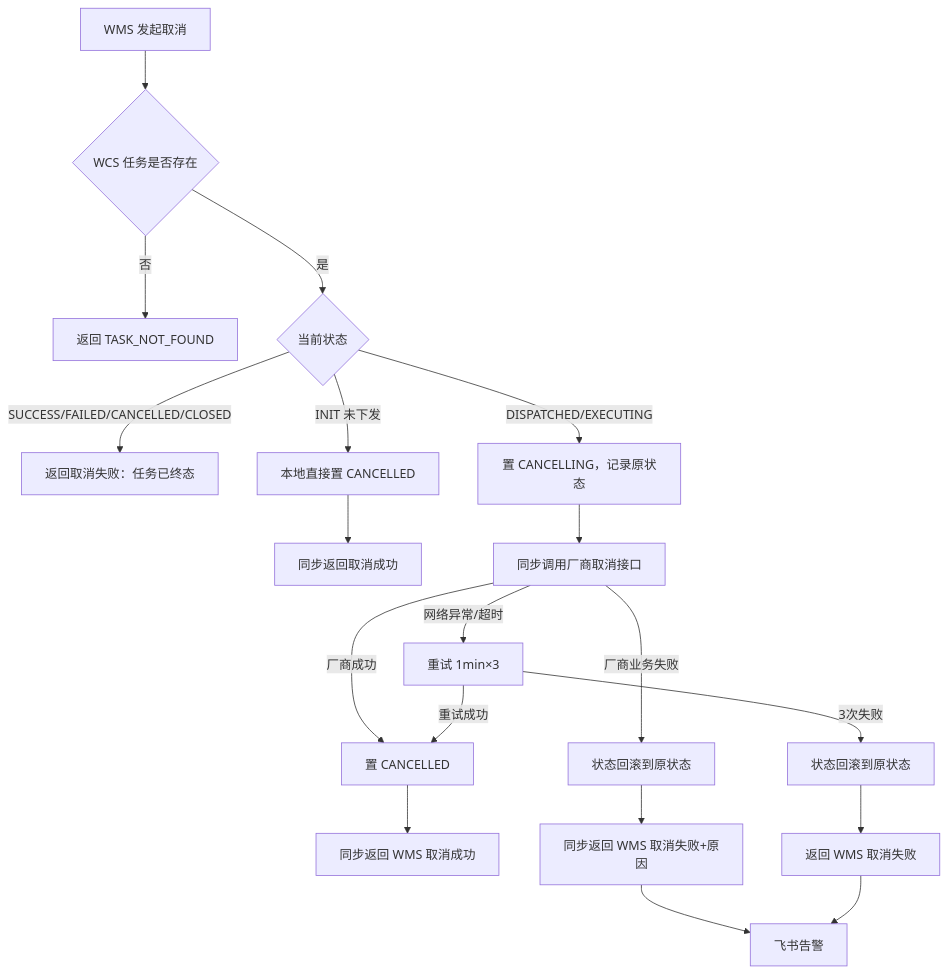
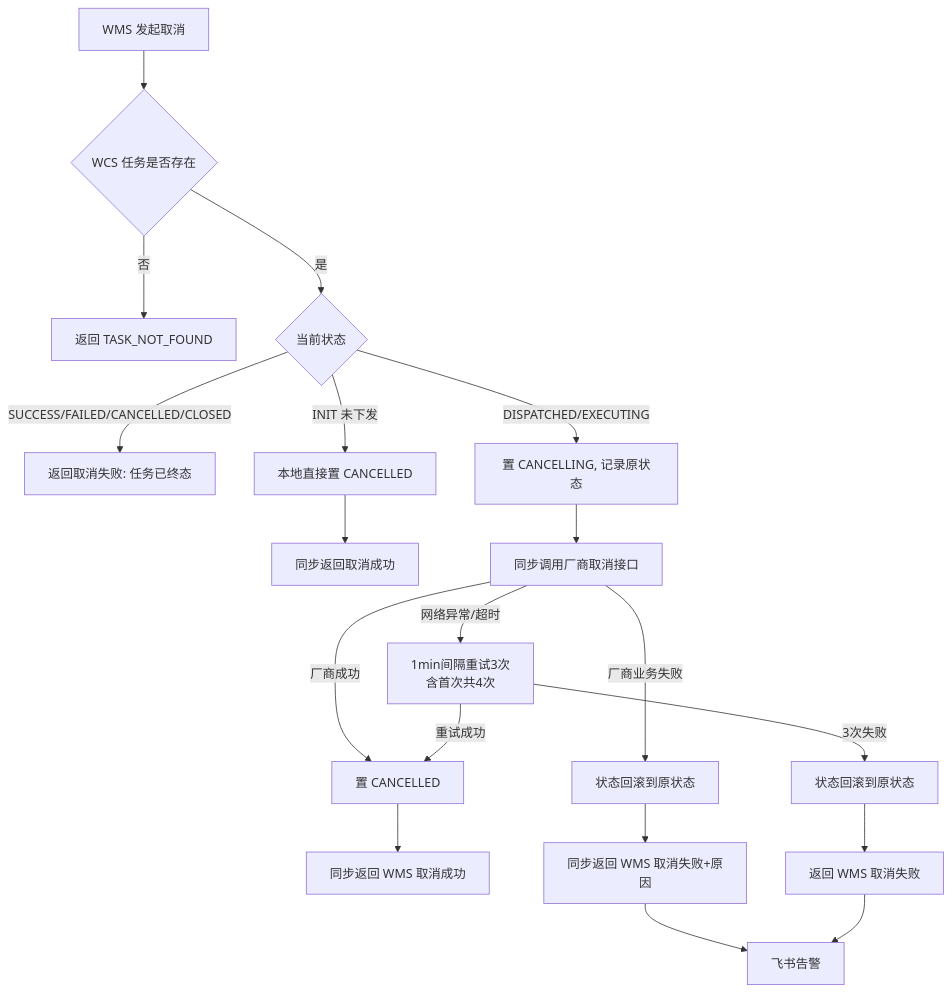
Before and after one commit to generous-jiang/jiangzw: the diagram in docs/wcs/diagrams/05-cancel.mmd, drawn with Mermaid. The commit also changed 13 other files, not shown here.

```diff
--- a/docs/wcs/diagrams/05-cancel.mmd
+++ b/docs/wcs/diagrams/05-cancel.mmd
@@ -1,13 +1,13 @@
 flowchart TD
-    A["WMS 发起取消"] --> B{"WCS 任务是否存在"}
-    B -- 否 --> C["返回 TASK_NOT_FOUND"]
-    B -- 是 --> D{"当前状态"}
-    D -- "SUCCESS/FAILED/CANCELLED/CLOSED" --> E["返回取消失败：任务已终态"]
-    D -- "INIT 未下发" --> F["本地直接置 CANCELLED"] --> G["同步返回取消成功"]
-    D -- "DISPATCHED/EXECUTING" --> H["置 CANCELLING，记录原状态"]
-    H --> I["同步调用厂商取消接口"]
-    I -- 厂商成功 --> J["置 CANCELLED"] --> K["同步返回 WMS 取消成功"]
-    I -- 厂商业务失败 --> L["状态回滚到原状态"] --> M["同步返回 WMS 取消失败+原因"] --> N["飞书告警"]
-    I -- "网络异常/超时" --> O["重试 1min×3"]
+    A[WMS 发起取消] --> B{WCS 任务是否存在}
+    B -- 否 --> C[返回 TASK_NOT_FOUND]
+    B -- 是 --> D{当前状态}
+    D -- SUCCESS/FAILED/CANCELLED/CLOSED --> E[返回取消失败: 任务已终态]
+    D -- INIT 未下发 --> F[本地直接置 CANCELLED] --> G[同步返回取消成功]
+    D -- DISPATCHED/EXECUTING --> H[置 CANCELLING, 记录原状态]
+    H --> I[同步调用厂商取消接口]
+    I -- 厂商成功 --> J[置 CANCELLED] --> K[同步返回 WMS 取消成功]
+    I -- 厂商业务失败 --> L[状态回滚到原状态] --> M[同步返回 WMS 取消失败+原因] --> N[飞书告警]
+    I -- 网络异常/超时 --> O[1min间隔重试3次<br/>含首次共4次]
     O -- 重试成功 --> J
-    O -- 3次失败 --> P["状态回滚到原状态"] --> Q["返回 WMS 取消失败"] --> N
+    O -- 3次失败 --> P[状态回滚到原状态] --> Q[返回 WMS 取消失败] --> N
```
